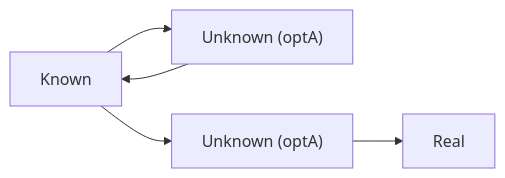
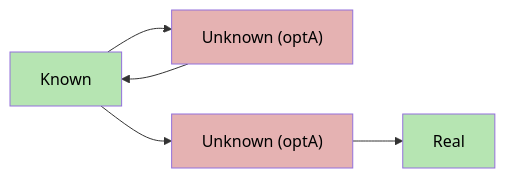
One commit to giomf/NixoScope changed the fifth of 8 diagrams in README.md. Above: the diagram before and after it, drawn with Mermaid. The commit also changed other lines of this file, not shown here.

Commit message:
docs: add coloring to mermaid examples

````diff
--- a/README.md
+++ b/README.md
@@ -137,5 +145,7 @@
 ```mermaid
 graph LR
-    A[Known] --> B["Unknown (optA)"] --> A
-    A --> C["Unknown (optA)"] --> D[Real]
+    classDef known fill:#b6e5b2,color:#000
+    classDef unknown fill:#e5b2b2,color:#000
+    A[Known]:::known --> B["Unknown (optA)"]:::unknown --> A
+    A --> C["Unknown (optA)"]:::unknown --> D[Real]:::known
 ```
````
